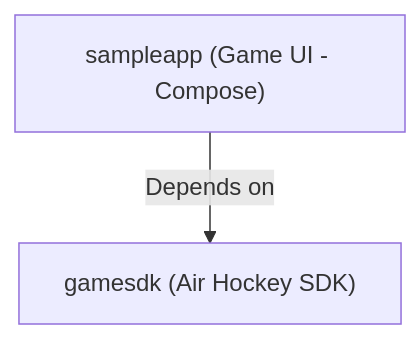
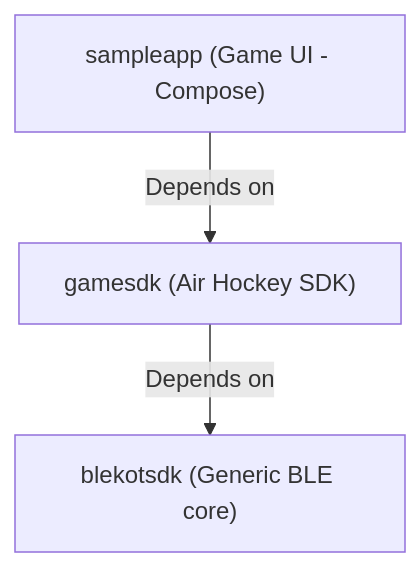
One commit to geek-kartik/blue-hock changed the first of 3 diagrams in README.md. Above: the diagram before and after it, drawn with Mermaid. The commit also changed other lines of this file and 36 other files, not shown here.

Commit message:
add: ble generic sdk

````diff
--- a/README.md
+++ b/README.md
@@ -11,4 +13,5 @@
 ```mermaid
 graph TD
     A["sampleapp (Game UI - Compose)"] -->|"Depends on"| B["gamesdk (Air Hockey SDK)"]
+    B -->|"Depends on"| C["blekotsdk (Generic BLE core)"]
 ```
````
